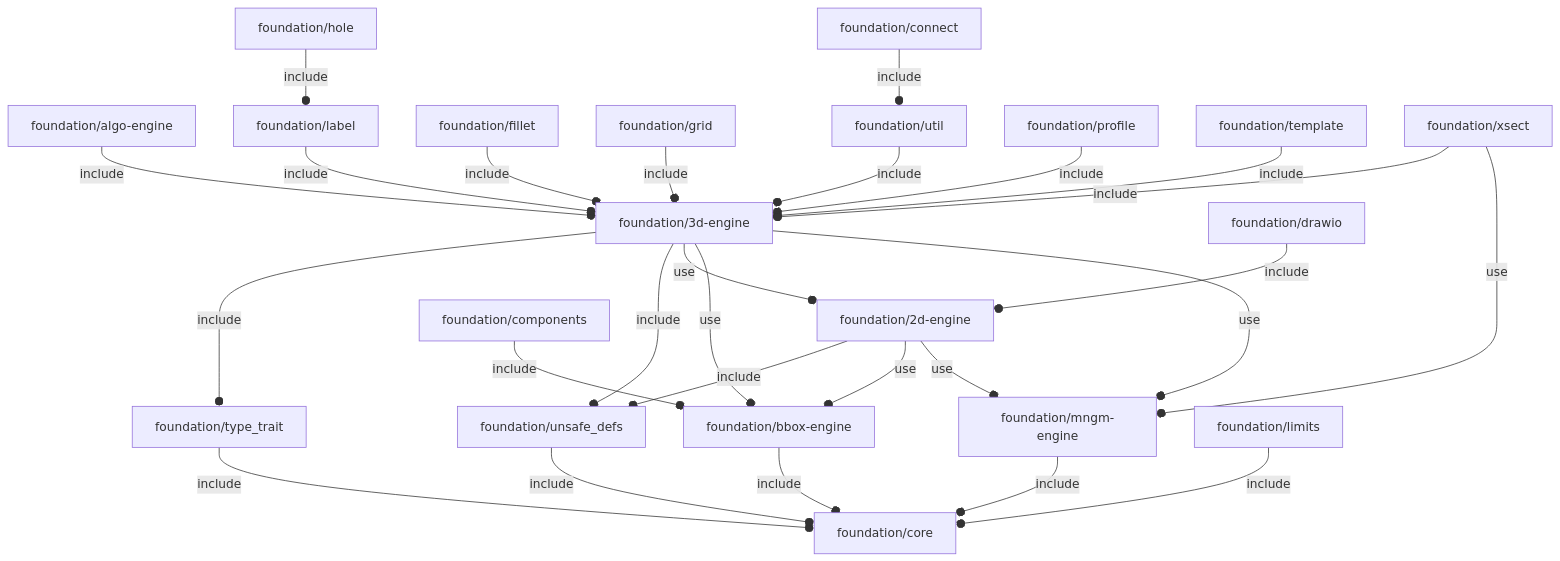
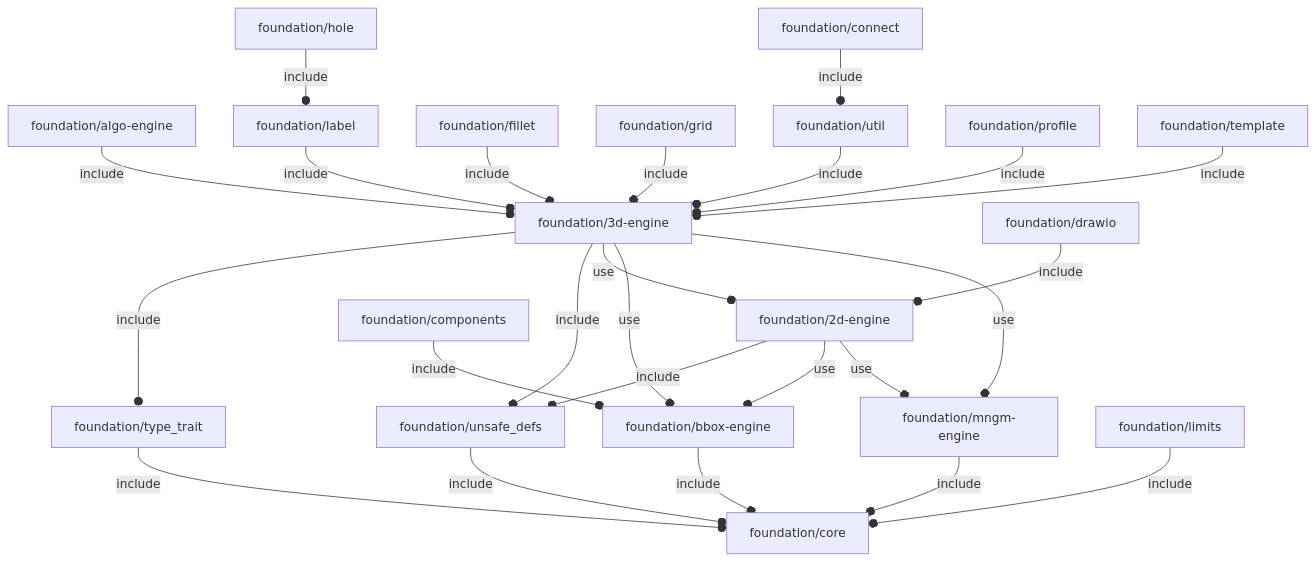
Before and after one commit to ggabbiani/OFL: the diagram in orthodocs/foundation/deps.md, drawn with Mermaid. The commit also changed 23 other files, not shown here.

````diff
--- a/orthodocs/foundation/deps.md
+++ b/orthodocs/foundation/deps.md
@@ -3,30 +3,28 @@
 ```mermaid
 graph TD
     A1[foundation/2d-engine] --o|include| A2[foundation/unsafe_defs]
     A1 --o|use| A3[foundation/bbox-engine]
     A1 --o|use| A4[foundation/mngm-engine]
     A5[foundation/3d-engine] --o|include| A6[foundation/type_trait]
     A5 --o|include| A2
     A5 --o|use| A1
     A5 --o|use| A3
     A5 --o|use| A4
     A7[foundation/algo-engine] --o|include| A5
     A3 --o|include| A8[foundation/core]
     A9[foundation/components] --o|include| A3
     A10[foundation/connect] --o|include| A11[foundation/util]
     A8
     A12[foundation/drawio] --o|include| A1
     A13[foundation/fillet] --o|include| A5
     A14[foundation/grid] --o|include| A5
     A15[foundation/hole] --o|include| A16[foundation/label]
     A16 --o|include| A5
     A17[foundation/limits] --o|include| A8
     A4 --o|include| A8
     A18[foundation/profile] --o|include| A5
     A19[foundation/template] --o|include| A5
     A6 --o|include| A8
     A2 --o|include| A8
     A11 --o|include| A5
-    A20[foundation/xsect] --o|include| A5
-    A20 --o|use| A4
 ```
````
